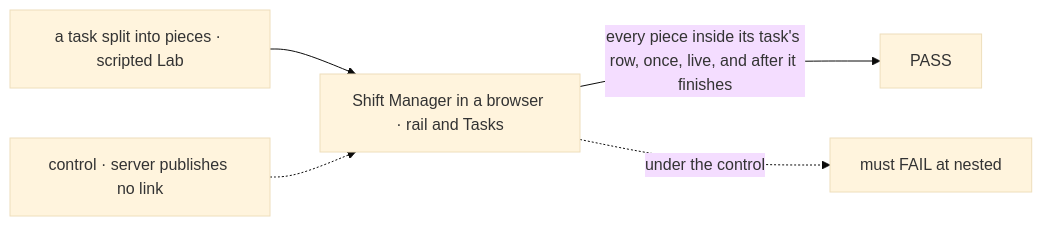
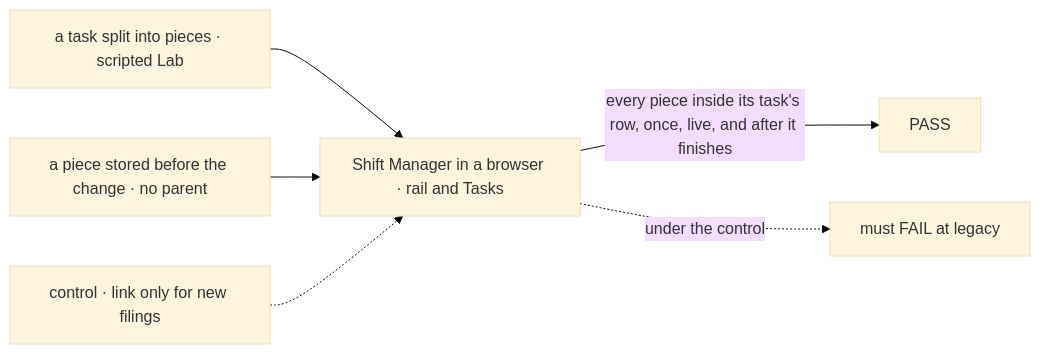
One commit to fixpoint-labs/flow-state-dev changed the first of 2 diagrams in specs/issues/FIX-1808/SPEC.md. Above: the diagram before and after it, drawn with Mermaid (base theme). The commit also changed other lines of this file and 1 other file, not shown here.

First line of the commit message:
spec(FIX-1808): the goal proves a piece stored before the change nests

````diff
--- a/specs/issues/FIX-1808/SPEC.md
+++ b/specs/issues/FIX-1808/SPEC.md
@@ -24,7 +24,8 @@
 ```mermaid
 flowchart LR
-  F["a task split into pieces · scripted Lab"] --> B["Shift Manager in a browser · rail and Tasks"]
+  F["a task split into pieces · scripted Lab"] --> B
+  O["a piece stored before the change · no parent"] --> B["Shift Manager in a browser · rail and Tasks"]
   B -->|"every piece inside its task's row, once, live, and after it finishes"| P["PASS"]
-  C["control · server publishes no link"] -.-> B
-  B -.->|"under the control"| X["must FAIL at nested"]
+  C["control · link only for new filings"] -.-> B
+  B -.->|"under the control"| X["must FAIL at legacy"]
 ```
````
